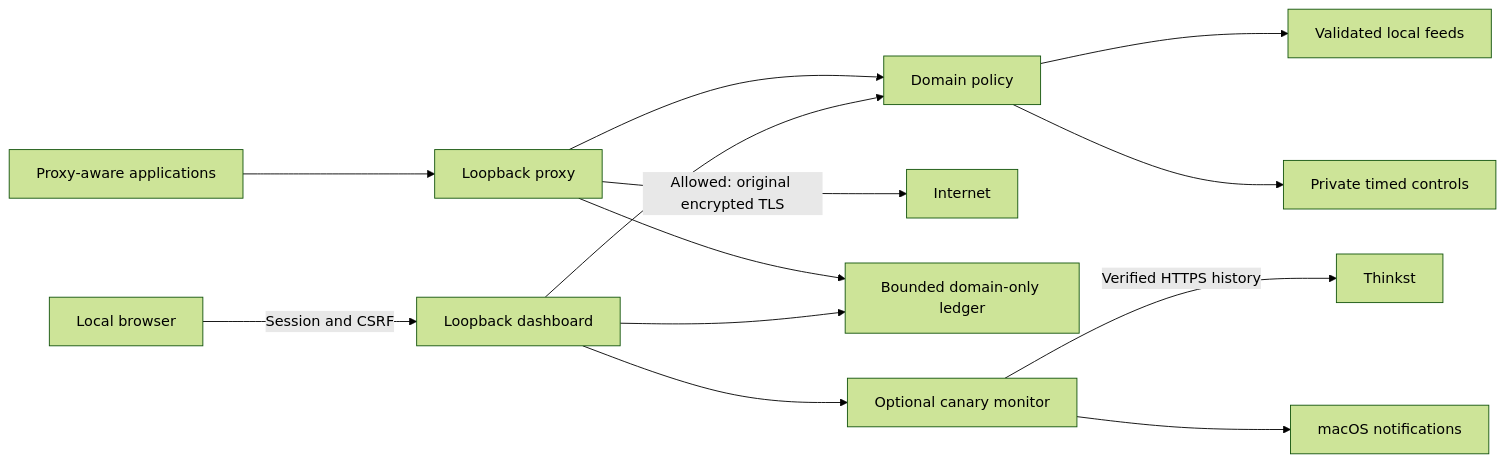
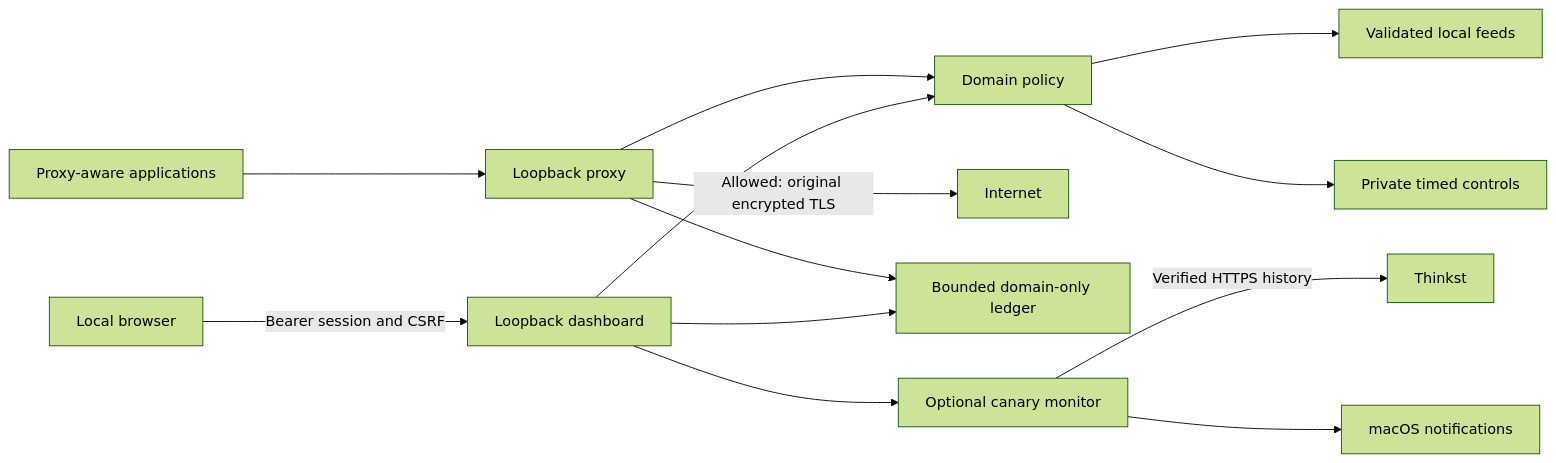
Before and after one commit to SulaymanB2024/egress-guard: the diagram in docs/architecture.md, drawn with Mermaid (forest theme). The commit also changed other lines of this file and 22 other files, not shown here.

````diff
--- a/docs/architecture.md
+++ b/docs/architecture.md
@@ -3,15 +3,15 @@
 ```mermaid
 flowchart LR
     C[Proxy-aware applications] --> P[Loopback proxy]
     P --> R[Domain policy]
     R --> F[Validated local feeds]
     R --> O[Private timed controls]
     P -->|Allowed: original encrypted TLS| I[Internet]
     P --> L[Bounded domain-only ledger]
-    B[Local browser] -->|Session and CSRF| D[Loopback dashboard]
+    B[Local browser] -->|Bearer session and CSRF| D[Loopback dashboard]
     D --> R
     D --> L
     D --> N[Optional canary monitor]
     N -->|Verified HTTPS history| T[Thinkst]
     N --> A[macOS notifications]
 ```
````
